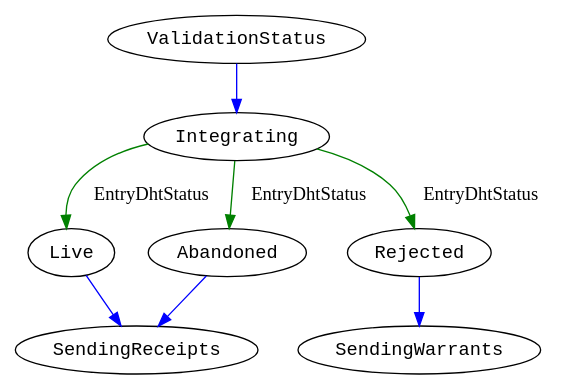
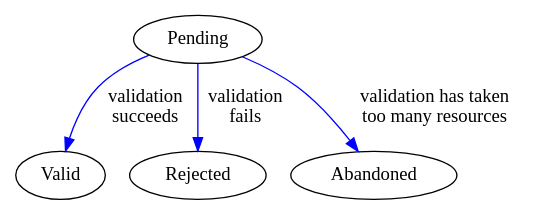
The first of 2 diagrams in docs/specs/src/hwp_A_implementation_spec.md (holochain/holochain), drawn with Graphviz before and after one commit. The commit also changed other lines of this file, not shown here.

Commit message:
big edits to validation/DHT status section

````diff
--- a/docs/specs/src/hwp_A_implementation_spec.md
+++ b/docs/specs/src/hwp_A_implementation_spec.md
@@ -1556,14 +1517,9 @@
-```graphviz
+```dot
 digraph {
-    node [fontname=Courier] //All nodes
-    edge [color=Blue] //All the lines
+    edge [color=Blue]
 
-    ValidationStatus->Integrating
-    Integrating->{Live Rejected Abandoned} [color=Green label="EntryDhtStatus"]
-    Abandoned -> SendingReceipts
-    Live->SendingReceipts
-    Rejected->SendingWarrants
-
-    {rank=same;SendingWarrants SendingReceipts}
+    Pending -> Valid [label="validation\nsucceeds"]
+    Pending -> Rejected [label="validation\nfails"]
+    Pending -> Abandoned [label="validation has taken\ntoo many resources"]
 }
 ```
````
